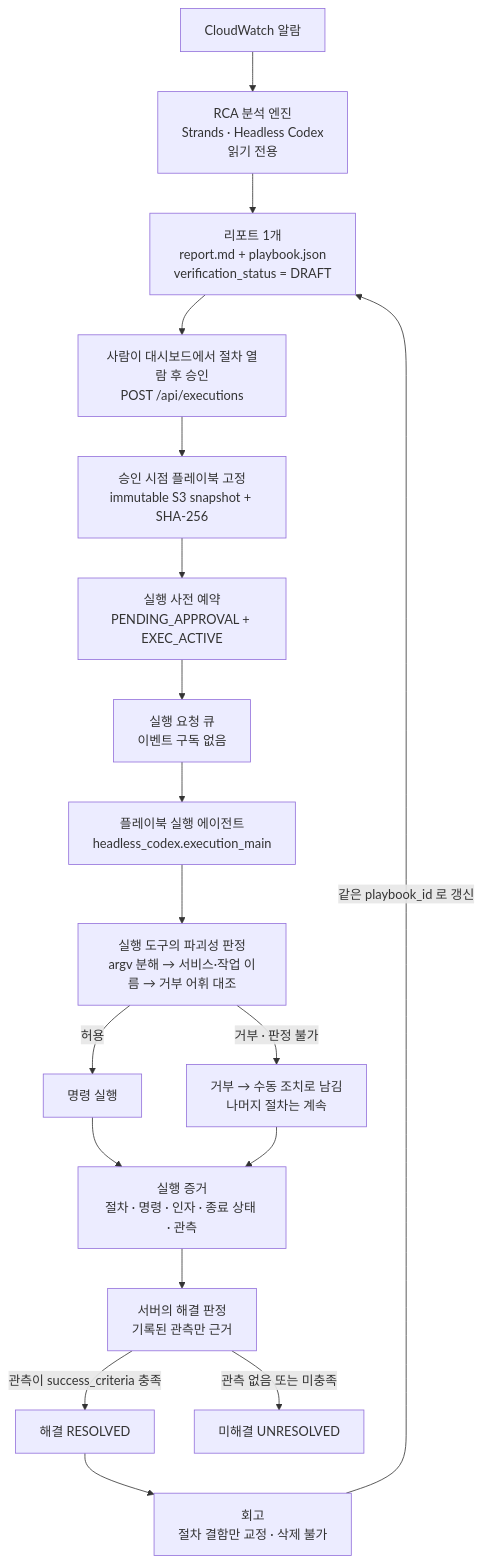
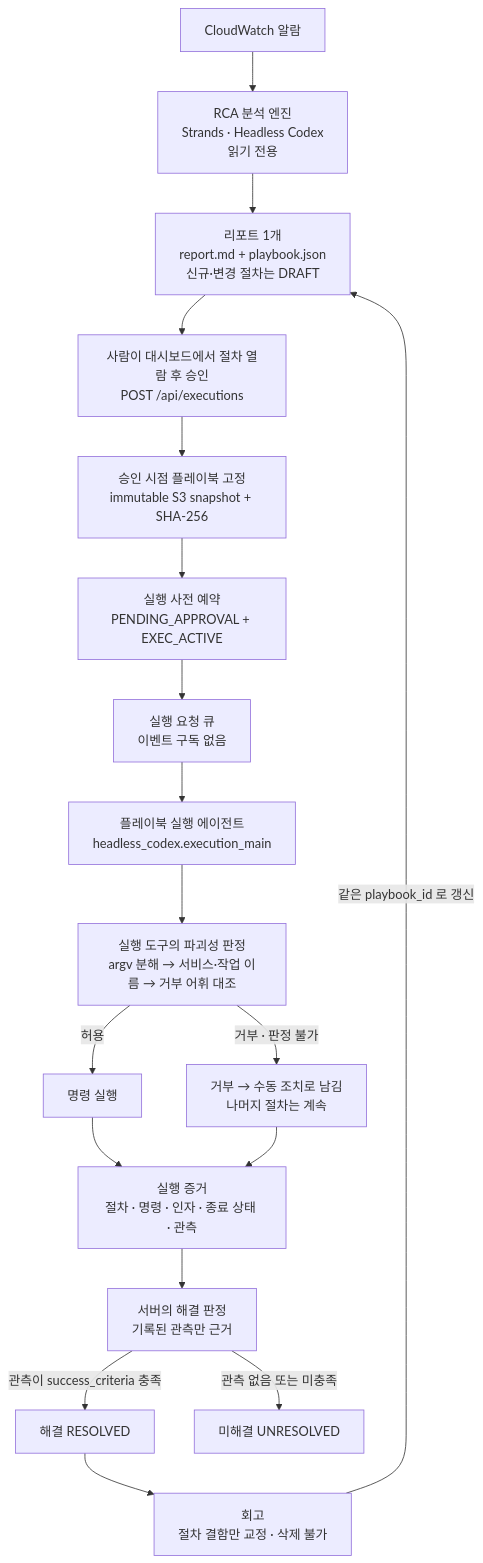
Before and after one commit to haandol/rca-agent: the first of 4 diagrams in docs/rca-to-remediation-flow.md, drawn with Mermaid. The commit also changed other lines of this file and 34 other files, not shown here.

````diff
--- a/docs/rca-to-remediation-flow.md
+++ b/docs/rca-to-remediation-flow.md
@@ -18,28 +18,28 @@
 ```mermaid
 flowchart TB
     CW["CloudWatch 알람"]
     ENG["RCA 분석 엔진<br/>Strands · Headless Codex<br/>읽기 전용"]
-    REP["리포트 1개<br/>report.md + playbook.json<br/>verification_status = DRAFT"]
+    REP["리포트 1개<br/>report.md + playbook.json<br/>신규·변경 절차는 DRAFT"]
     APV["사람이 대시보드에서 절차 열람 후 승인<br/>POST /api/executions"]
     SNP["승인 시점 플레이북 고정<br/>immutable S3 snapshot + SHA-256"]
     RSV["실행 사전 예약<br/>PENDING_APPROVAL + EXEC_ACTIVE"]
     QUE["실행 요청 큐<br/>이벤트 구독 없음"]
     WRK["플레이북 실행 에이전트<br/>headless_codex.execution_main"]
     GATE["실행 도구의 파괴성 판정<br/>argv 분해 → 서비스·작업 이름 → 거부 어휘 대조"]
     RUN["명령 실행"]
     MAN["거부 → 수동 조치로 남김<br/>나머지 절차는 계속"]
     EVD["실행 증거<br/>절차 · 명령 · 인자 · 종료 상태 · 관측"]
     JDG["서버의 해결 판정<br/>기록된 관측만 근거"]
     RES["해결 RESOLVED"]
     UNR["미해결 UNRESOLVED"]
     RETRO["회고<br/>절차 결함만 교정 · 삭제 불가"]
 
     CW --> ENG --> REP --> APV --> SNP --> RSV --> QUE --> WRK --> GATE
     GATE -->|"허용"| RUN --> EVD
     GATE -->|"거부 · 판정 불가"| MAN --> EVD
     EVD --> JDG
     JDG -->|"관측이 success_criteria 충족"| RES
     JDG -->|"관측 없음 또는 미충족"| UNR
     RES --> RETRO
     RETRO -->|"같은 playbook_id 로 갱신"| REP
 ```
````
